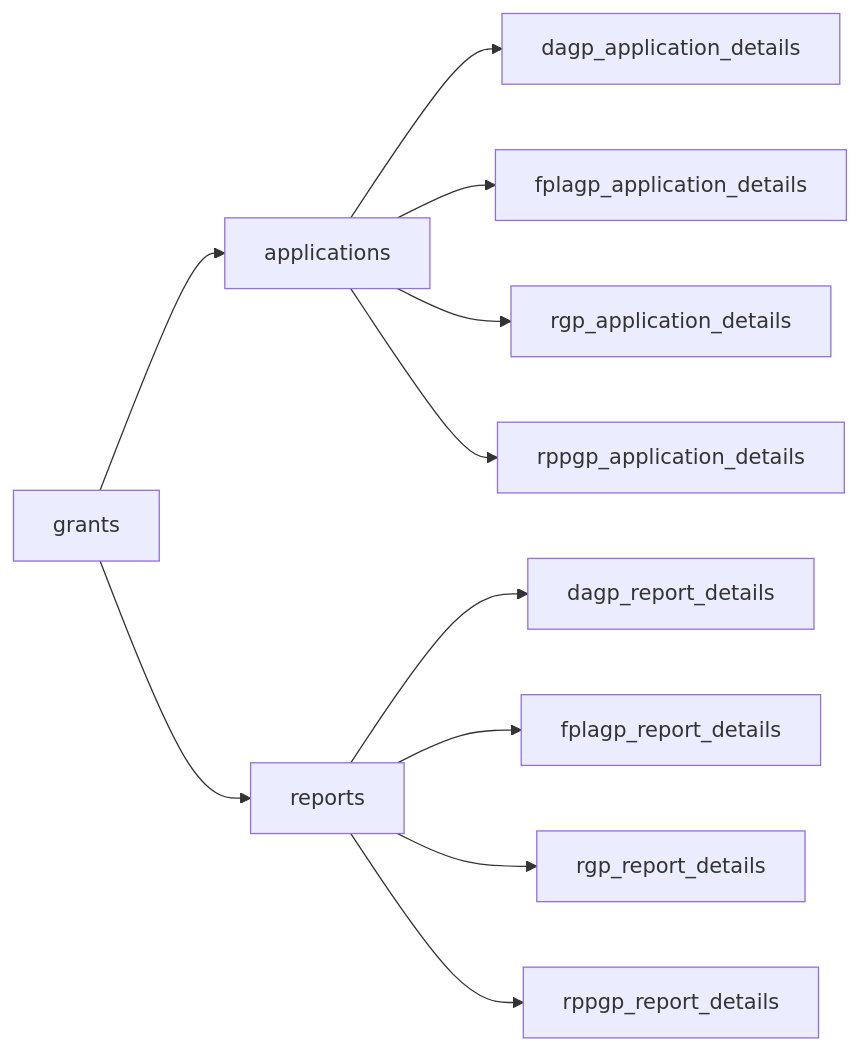
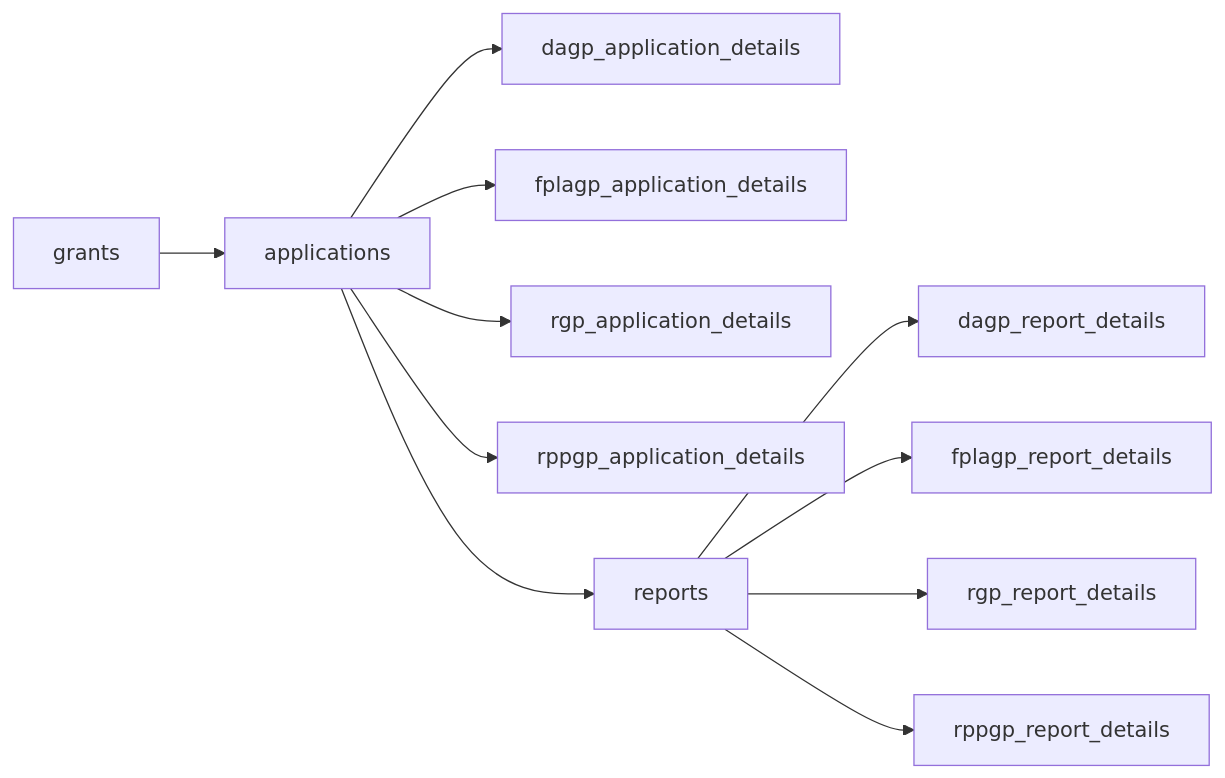
One commit to CR-Lough/mock-grants-data changed the diagram in README.md. Above: the diagram before and after it, drawn with Mermaid.

Commit message:
change report relationship to application

````diff
--- a/README.md
+++ b/README.md
@@ -4,13 +4,13 @@
 ```mermaid
 flowchart LR;
 	a[grants] --> b[applications]
 	b --> ba[dagp_application_details]
 	b --> bb[fplagp_application_details]
 	b --> bc[rgp_application_details]
 	b --> bd[rppgp_application_details]
-	a --> c[reports]
+	b --> c[reports]
 	c --> ca[dagp_report_details]
 	c --> cb[fplagp_report_details]
 	c --> cc[rgp_report_details]
 	c --> cd[rppgp_report_details]
 ```
````
